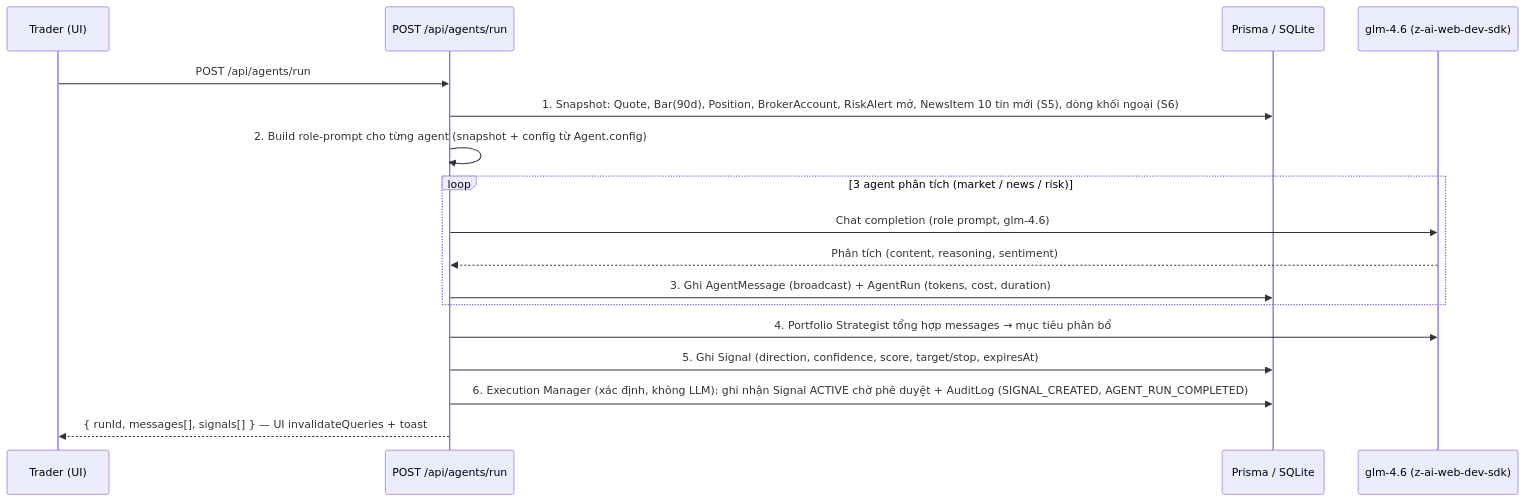
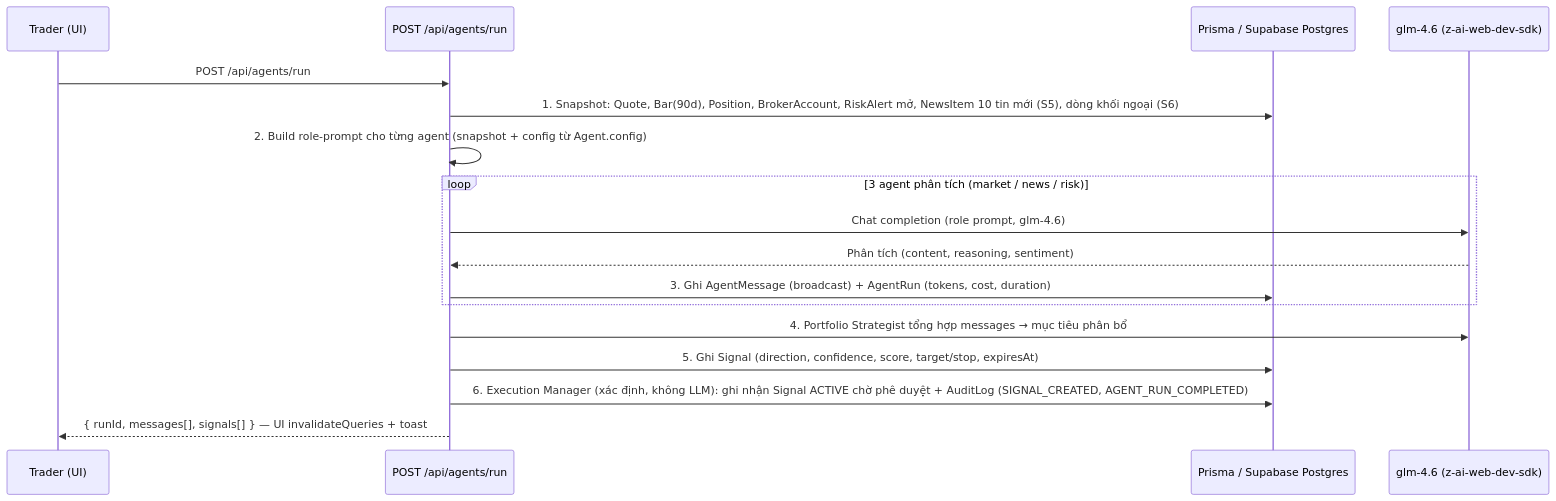
The second of 2 diagrams in docs/TECHNICAL_BLUEPRINT.md (nguyenquocviety2c-code/THE-TRADER), drawn with Mermaid before and after one commit. The commit also changed other lines of this file and 10 other files, not shown here.

Commit message:
feat(storage): Supabase Postgres làm kho dữ liệu chính — schema 'trader' (19 model) qua Prisma + tools/db-console.mjs + docs/README/.env.example đồng bộ — E2E verified (tick/9 route/news 50 tin/browser 0 lỗi)

````diff
--- a/docs/TECHNICAL_BLUEPRINT.md
+++ b/docs/TECHNICAL_BLUEPRINT.md
@@ -186,20 +186,20 @@
 ```mermaid
 sequenceDiagram
     participant U as Trader (UI)
     participant API as POST /api/agents/run
-    participant DB as Prisma / SQLite
+    participant DB as Prisma / Supabase Postgres
     participant LLM as glm-4.6 (z-ai-web-dev-sdk)
 
     U->>API: POST /api/agents/run
     API->>DB: 1. Snapshot: Quote, Bar(90d), Position, BrokerAccount, RiskAlert mở, NewsItem 10 tin mới (S5), dòng khối ngoại (S6)
     API->>API: 2. Build role-prompt cho từng agent (snapshot + config từ Agent.config)
     loop 3 agent phân tích (market / news / risk)
         API->>LLM: Chat completion (role prompt, glm-4.6)
         LLM-->>API: Phân tích (content, reasoning, sentiment)
         API->>DB: 3. Ghi AgentMessage (broadcast) + AgentRun (tokens, cost, duration)
     end
     API->>LLM: 4. Portfolio Strategist tổng hợp messages → mục tiêu phân bổ
     API->>DB: 5. Ghi Signal (direction, confidence, score, target/stop, expiresAt)
     API->>DB: 6. Execution Manager (xác định, không LLM): ghi nhận Signal ACTIVE chờ phê duyệt + AuditLog (SIGNAL_CREATED, AGENT_RUN_COMPLETED)
     API-->>U: { runId, messages[], signals[] } — UI invalidateQueries + toast
 ```
````
